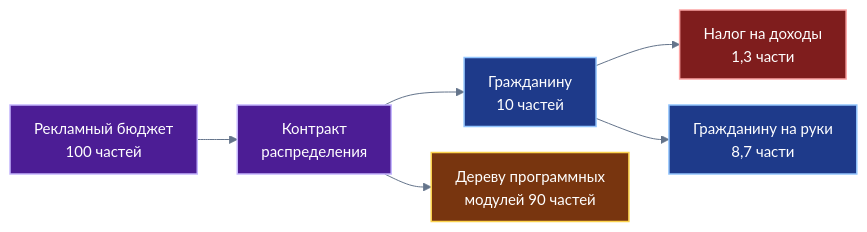
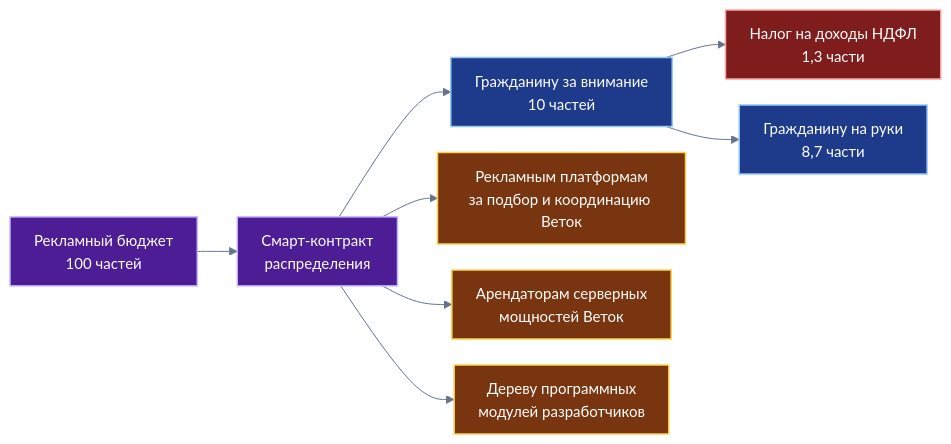
One commit to Data-Independence-Network/presentations changed diagram 17 of 19 in shared_docs/whitepapers/12_ecosystem_whitepaper.md. Above: the diagram before and after it, drawn with Mermaid. The commit also changed other lines of this file and 36 other files, not shown here.

````diff
--- a/shared_docs/whitepapers/12_ecosystem_whitepaper.md
+++ b/shared_docs/whitepapers/12_ecosystem_whitepaper.md
@@ -1297,20 +1365,22 @@
 ```mermaid
 %%{init: {"theme":"base","themeVariables":{"background":"#0f172a","fontFamily":"Arial, Helvetica, sans-serif","fontSize":"15px","primaryColor":"#1e3a8a","primaryTextColor":"#ffffff","primaryBorderColor":"#93c5fd","secondaryColor":"#14532d","tertiaryColor":"#1e293b","lineColor":"#64748b","textColor":"#94a3b8","mainBkg":"#1e3a8a","nodeBorder":"#93c5fd","clusterBkg":"#1e293b","clusterBorder":"#475569","titleColor":"#cbd5e1","edgeLabelBackground":"#1e293b"},"themeCSS":"foreignObject *{font-family:Arial,Helvetica,sans-serif !important}","flowchart":{"curve":"basis","htmlLabels":true,"nodeSpacing":26,"rankSpacing":40,"padding":12,"useMaxWidth":true}}}%%
 flowchart LR
-    R["Рекламный бюджет<br/>100 частей"] --> S["Контракт<br/>распределения"]
-    S --> G["Гражданину<br/>10 частей"]
-    S --> T["Дереву программных<br/>модулей 90 частей"]
-    G --> N["Налог на доходы<br/>1,3 части"]
+    R["Рекламный бюджет<br/>100 частей"] --> S["Смарт-контракт<br/>распределения"]
+    S --> G["Гражданину за внимание<br/>10 частей"]
+    S --> P["Рекламным платформам<br/>за подбор и координацию Веток"]
+    S --> M["Арендаторам серверных<br/>мощностей Веток"]
+    S --> T["Дереву программных<br/>модулей разработчиков"]
+    G --> N["Налог на доходы НДФЛ<br/>1,3 части"]
     G --> H["Гражданину на руки<br/>8,7 части"]
     class R bank
     class S bank
     class G,H leaf
-    class T trunk
+    class P,M,T trunk
     class N risk
     classDef leaf fill:#1e3a8a,stroke:#93c5fd,stroke-width:1.5px,color:#ffffff
     classDef branch fill:#14532d,stroke:#86efac,stroke-width:1.5px,color:#ffffff
     classDef trunk fill:#78350f,stroke:#fcd34d,stroke-width:1.5px,color:#ffffff
     classDef bank fill:#4c1d95,stroke:#c4b5fd,stroke-width:1.5px,color:#ffffff
     classDef priv fill:#334155,stroke:#cbd5e1,stroke-width:1.5px,color:#ffffff
     classDef risk fill:#7f1d1d,stroke:#fca5a5,stroke-width:1.5px,color:#ffffff
 ```
````
